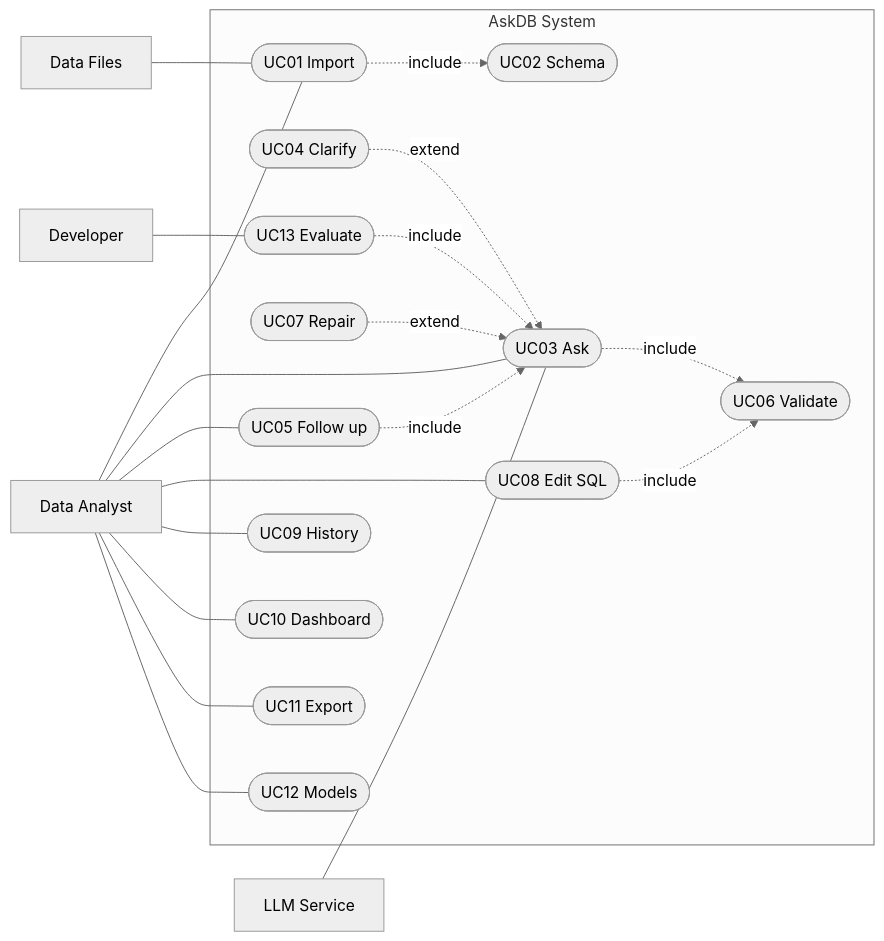
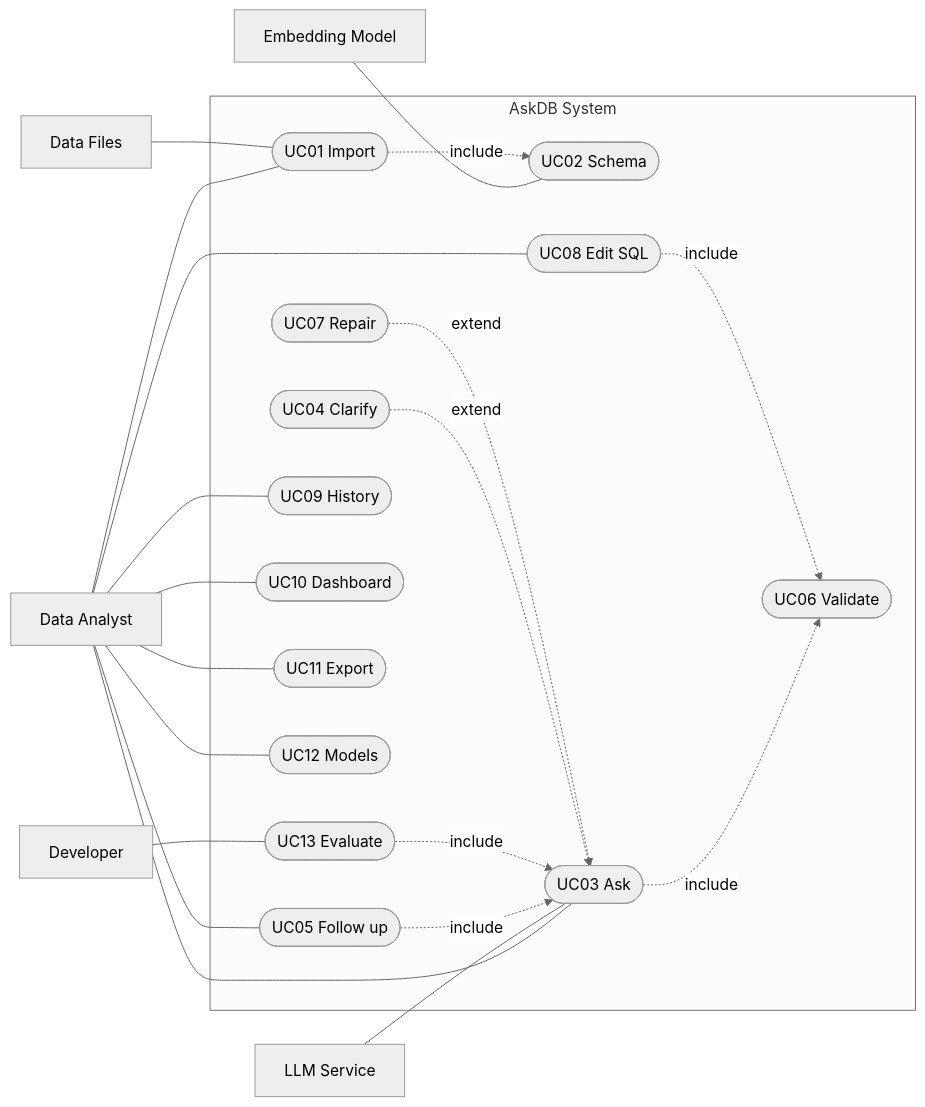
One commit to krishi-shah/AskDB-Data-Analyst-Agent changed the sixth of 15 diagrams in docs/Stage1_Design_Report.md. Above: the diagram before and after it, drawn with Mermaid (neutral theme). The commit also changed other lines of this file, not shown here.

Commit message:
Complete the Stage 1 diagrams with the window, actors, and multiplicities.

````diff
--- a/docs/Stage1_Design_Report.md
+++ b/docs/Stage1_Design_Report.md
@@ -740,43 +794,45 @@
 ```mermaid
 flowchart LR
     analyst["Data Analyst"]
     dev["Developer"]
     llm["LLM Service"]
     files["Data Files"]
+    embed["Embedding Model"]
 
     subgraph sys["AskDB System"]
         UC01(["UC01 Import"])
         UC02(["UC02 Schema"])
         UC03(["UC03 Ask"])
         UC04(["UC04 Clarify"])
         UC05(["UC05 Follow up"])
         UC06(["UC06 Validate"])
         UC07(["UC07 Repair"])
         UC08(["UC08 Edit SQL"])
         UC09(["UC09 History"])
         UC10(["UC10 Dashboard"])
         UC11(["UC11 Export"])
         UC12(["UC12 Models"])
         UC13(["UC13 Evaluate"])
     end
 
     analyst --- UC01
     analyst --- UC03
     analyst --- UC05
     analyst --- UC08
     analyst --- UC09
     analyst --- UC10
     analyst --- UC11
     analyst --- UC12
     dev --- UC13
     files --- UC01
     llm --- UC03
+    embed --- UC02
 
     UC01 -.->|include| UC02
     UC03 -.->|include| UC06
     UC08 -.->|include| UC06
     UC05 -.->|include| UC03
     UC13 -.->|include| UC03
     UC04 -.->|extend| UC03
     UC07 -.->|extend| UC03
 ```
````
